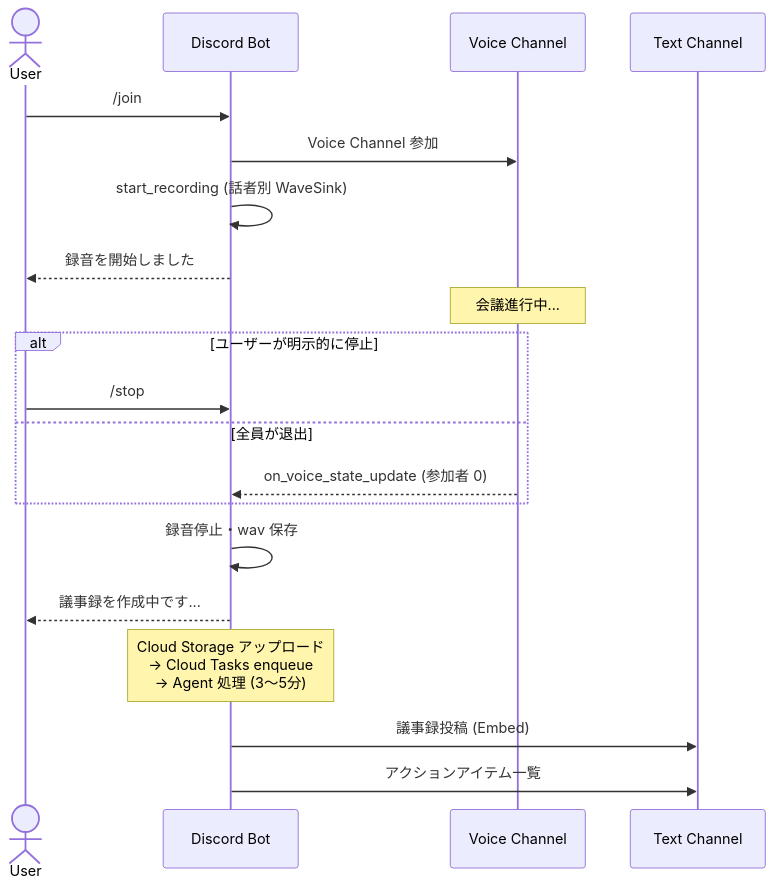
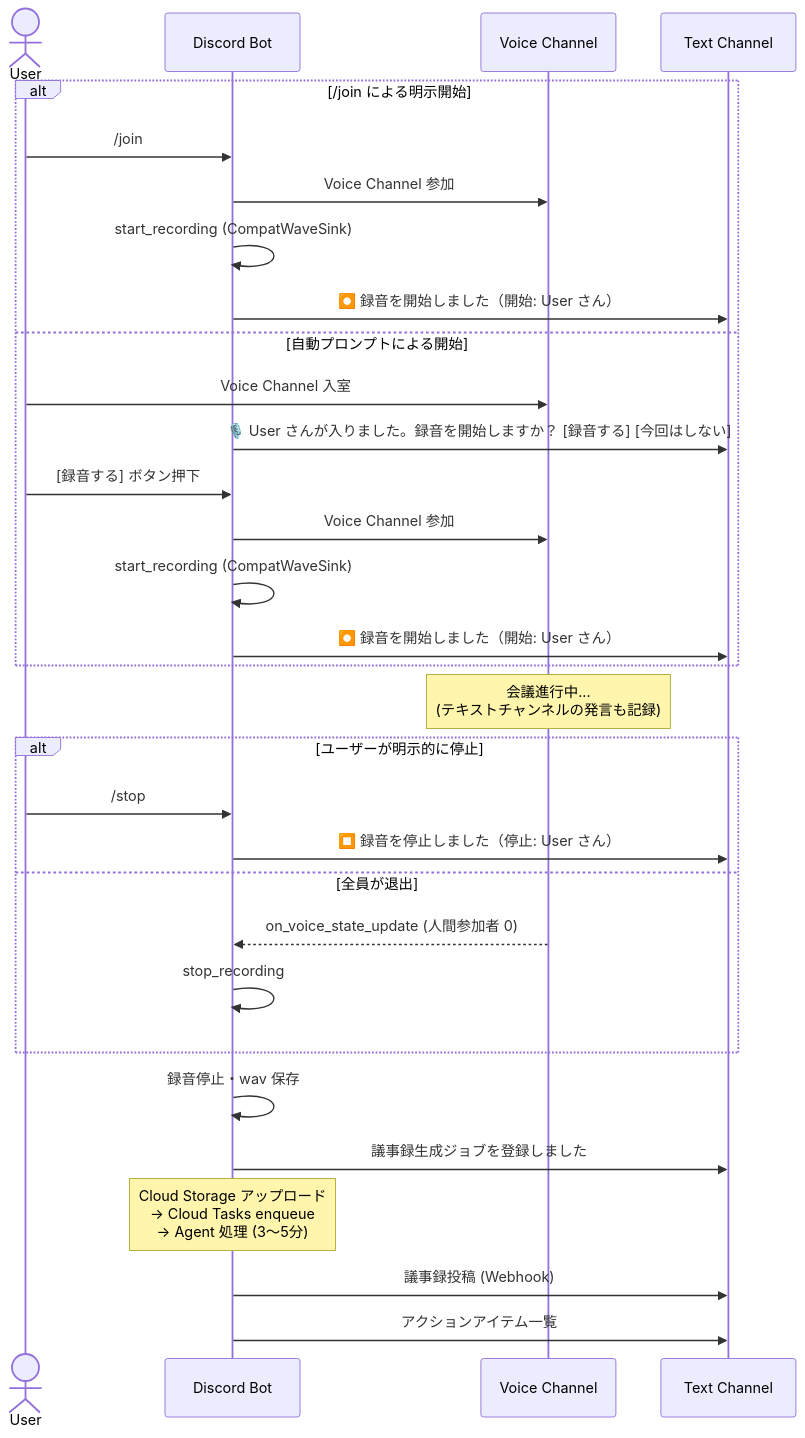
One commit to hinapupil/minutes-agent changed the fourth of 7 diagrams in docs/design.md. Above: the diagram before and after it, drawn with Mermaid. The commit also changed other lines of this file and 1 other file, not shown here.

````diff
--- a/docs/design.md
+++ b/docs/design.md
@@ -317,28 +366,39 @@
 ```mermaid
 sequenceDiagram
     actor User
     participant Bot as Discord Bot
     participant VC as Voice Channel
     participant DC as Text Channel
 
-    User->>Bot: /join
-    Bot->>VC: Voice Channel 参加
-    Bot->>Bot: start_recording (話者別 WaveSink)
-    Bot-->>User: 録音を開始しました
+    alt /join による明示開始
+        User->>Bot: /join
+        Bot->>VC: Voice Channel 参加
+        Bot->>Bot: start_recording (CompatWaveSink)
+        Bot->>DC: ⏺️ 録音を開始しました（開始: User さん）
+    else 自動プロンプトによる開始
+        User->>VC: Voice Channel 入室
+        Bot->>DC: 🎙️ User さんが入りました。録音を開始しますか？ [録音する] [今回はしない]
+        User->>Bot: [録音する] ボタン押下
+        Bot->>VC: Voice Channel 参加
+        Bot->>Bot: start_recording (CompatWaveSink)
+        Bot->>DC: ⏺️ 録音を開始しました（開始: User さん）
+    end
 
-    Note over VC: 会議進行中...
+    Note over VC: 会議進行中...<br/>(テキストチャンネルの発言も記録)
 
     alt ユーザーが明示的に停止
         User->>Bot: /stop
+        Bot->>DC: ⏹️ 録音を停止しました（停止: User さん）
     else 全員が退出
-        VC-->>Bot: on_voice_state_update (参加者 0)
+        VC-->>Bot: on_voice_state_update (人間参加者 0)
+        Bot->>Bot: stop_recording
     end
 
     Bot->>Bot: 録音停止・wav 保存
-    Bot-->>User: 議事録を作成中です...
+    Bot->>DC: 議事録生成ジョブを登録しました
 
     Note over Bot: Cloud Storage アップロード<br/>→ Cloud Tasks enqueue<br/>→ Agent 処理 (3〜5分)
 
-    Bot->>DC: 議事録投稿 (Embed)
+    Bot->>DC: 議事録投稿 (Webhook)
     Bot->>DC: アクションアイテム一覧
 ```
````
